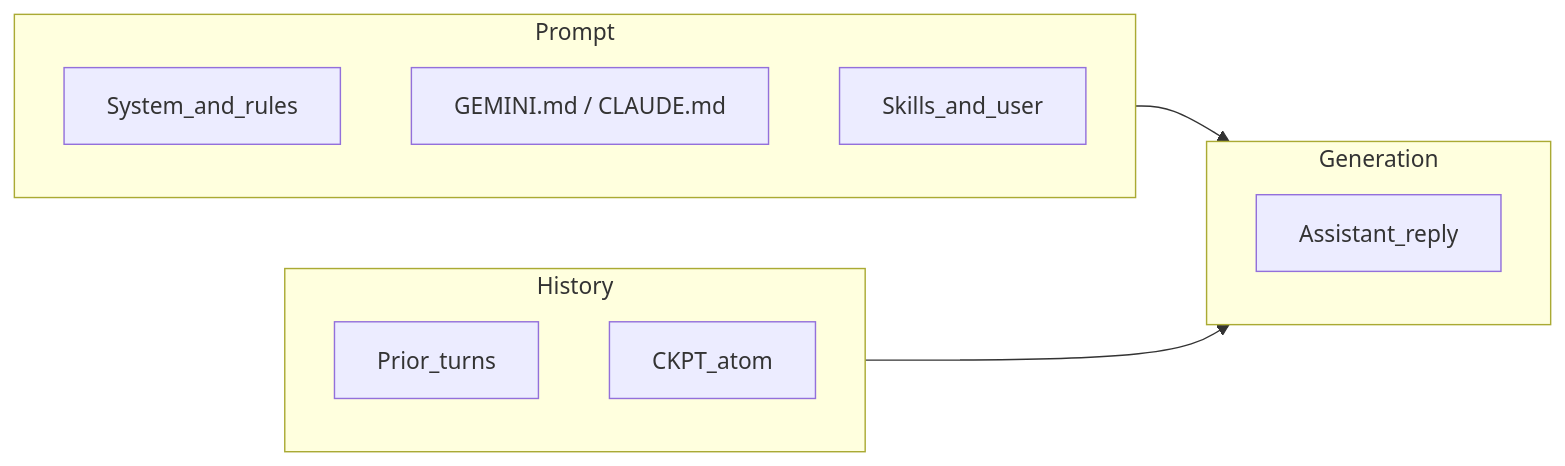
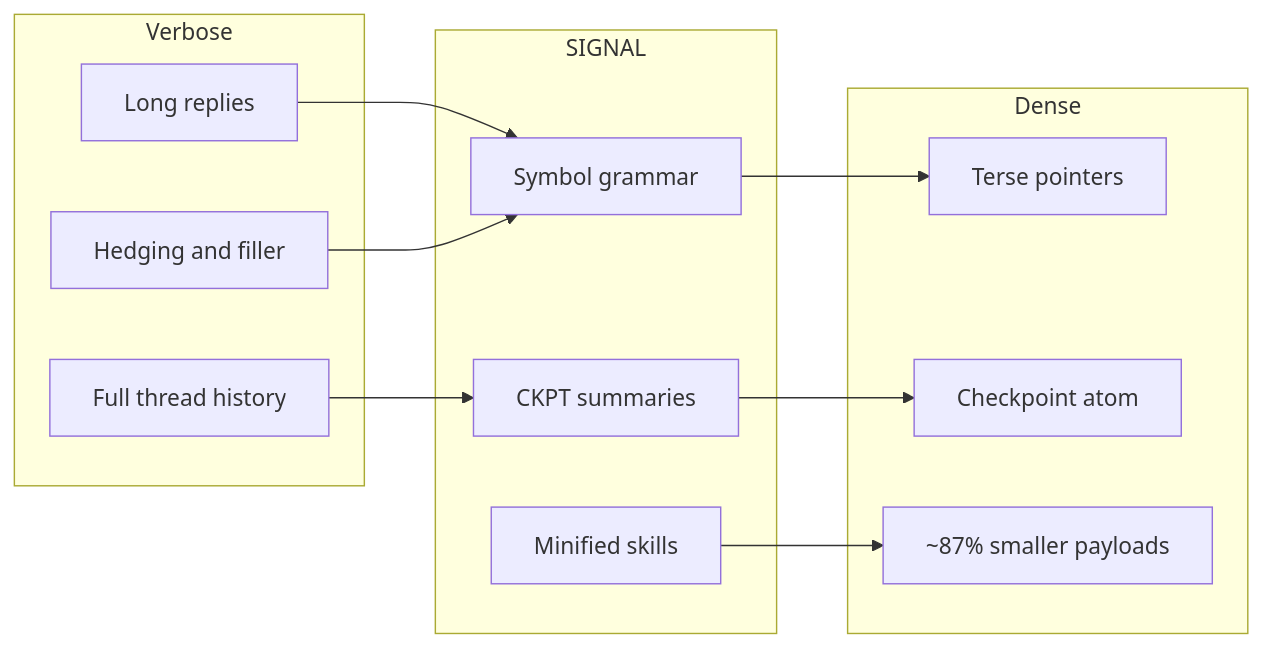
One commit to mattbaconz/signal changed the first of 3 diagrams in README.md. Above: the diagram before and after it, drawn with Mermaid. The commit also changed other lines of this file and 95 other files, not shown here.

First line of the commit message:
feat: v0.3.0 flat minified skills, docs, and benchmark assets

````diff
--- a/README.md
+++ b/README.md
@@ -46,17 +22,24 @@
 ```mermaid
 flowchart LR
-  subgraph input [Prompt]
-    P1[System_and_rules]
-    P2["GEMINI.md / CLAUDE.md"]
-    P3[Skills_and_user]
+  subgraph inputs [Verbose]
+    V1[Long replies]
+    V2[Full thread history]
+    V3[Hedging and filler]
   end
-  subgraph gen [Generation]
-    G1[Assistant_reply]
+  subgraph signal [SIGNAL]
+    S[Symbol grammar]
+    C[CKPT summaries]
+    M[Minified skills]
   end
-  subgraph hist [History]
-    H1[Prior_turns]
-    H2[CKPT_atom]
+  subgraph outputs [Dense]
+    D1[Terse pointers]
+    D2[Checkpoint atom]
+    D3[~87% smaller payloads]
   end
-  input --> gen
-  hist --> gen
+  V1 --> S
+  V2 --> C
+  V3 --> S
+  S --> D1
+  C --> D2
+  M --> D3
 ```
````
